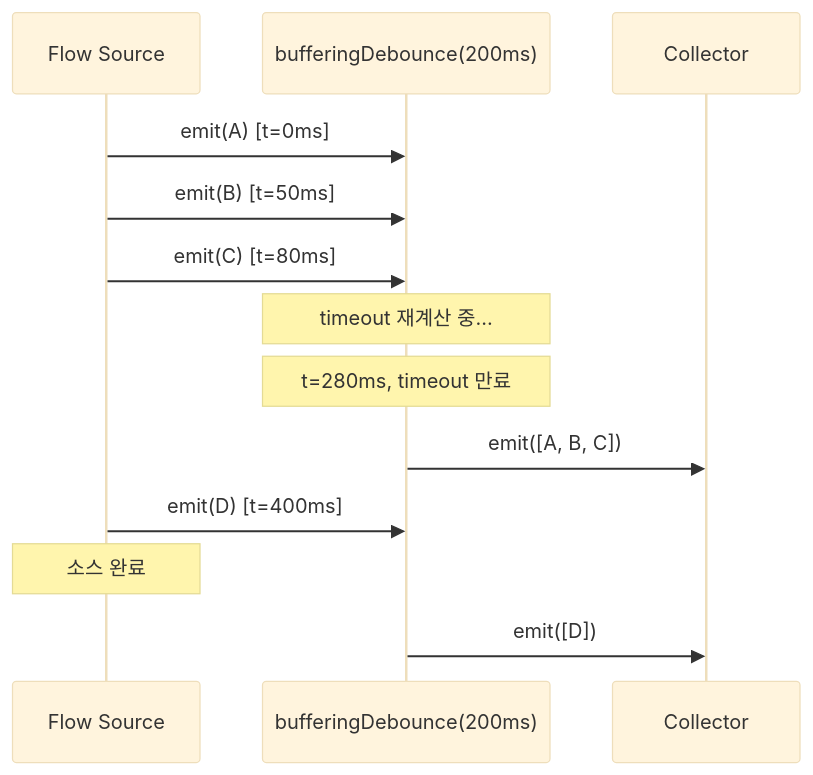
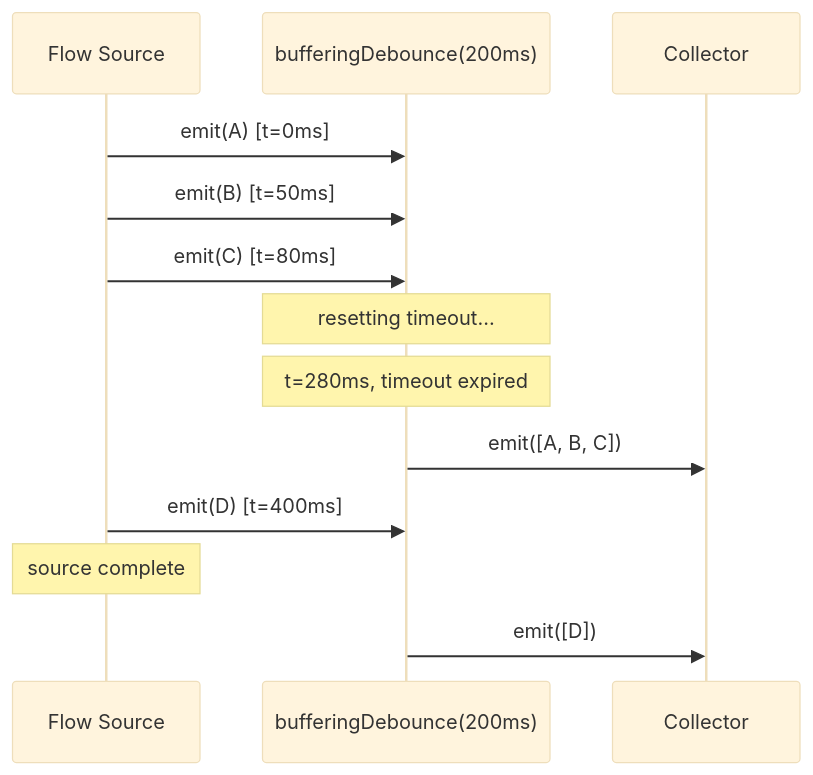
The ninth of 15 diagrams in bluetape4k/coroutines/README.md (bluetape4k/bluetape4k-projects), drawn with Mermaid (base theme) before and after one commit. The commit also changed other lines of this file and 265 other files, not shown here.

````diff
--- a/bluetape4k/coroutines/README.md
+++ b/bluetape4k/coroutines/README.md
@@ -407,15 +409,15 @@
 ```mermaid
 sequenceDiagram
     participant S as Flow Source
     participant BD as bufferingDebounce(200ms)
     participant R as Collector
     S ->> BD: emit(A) [t=0ms]
     S ->> BD: emit(B) [t=50ms]
     S ->> BD: emit(C) [t=80ms]
-    Note over BD: timeout 재계산 중...
-    Note over BD: t=280ms, timeout 만료
+    Note over BD: resetting timeout...
+    Note over BD: t=280ms, timeout expired
     BD ->> R: emit([A, B, C])
     S ->> BD: emit(D) [t=400ms]
-    Note over S: 소스 완료
+    Note over S: source complete
     BD ->> R: emit([D])
 ```
````
